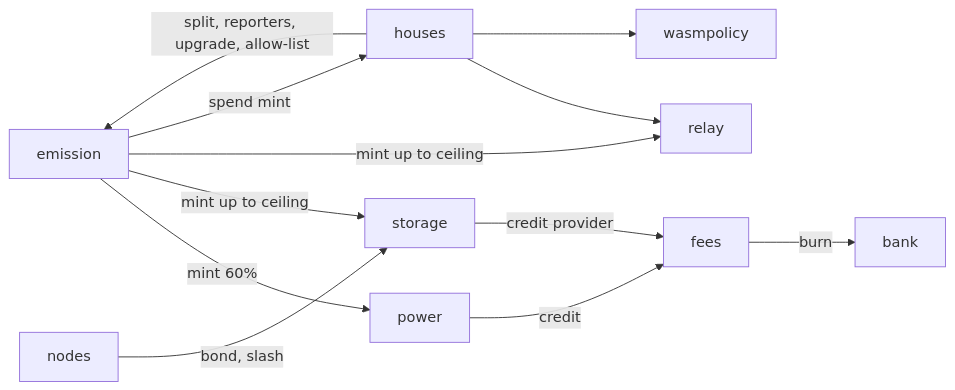
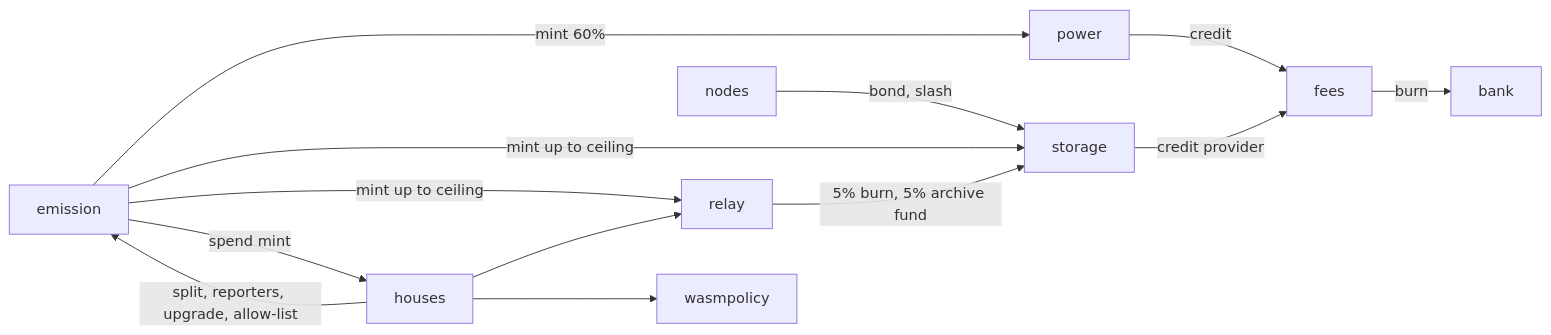
The diagram in website/src/docs/blockchain/modules.mdx (DeBrosDAO/orama), drawn with Mermaid before and after one commit. The commit also changed other lines of this file and 67 other files, not shown here.

````diff
--- a/website/src/docs/blockchain/modules.mdx
+++ b/website/src/docs/blockchain/modules.mdx
@@ -28,14 +28,15 @@
 ```mermaid
 flowchart LR
   emission -->|mint 60%| power
   emission -->|mint up to ceiling| storage
   emission -->|mint up to ceiling| relay
+  relay -->|5% burn, 5% archive fund| storage
   emission -->|spend mint| houses
   power -->|credit| fees
   storage -->|credit provider| fees
   fees -->|burn| bank
   nodes -->|bond, slash| storage
   houses -->|split, reporters, upgrade, allow-list| emission
   houses --> relay
   houses --> wasmpolicy
 ```
````
